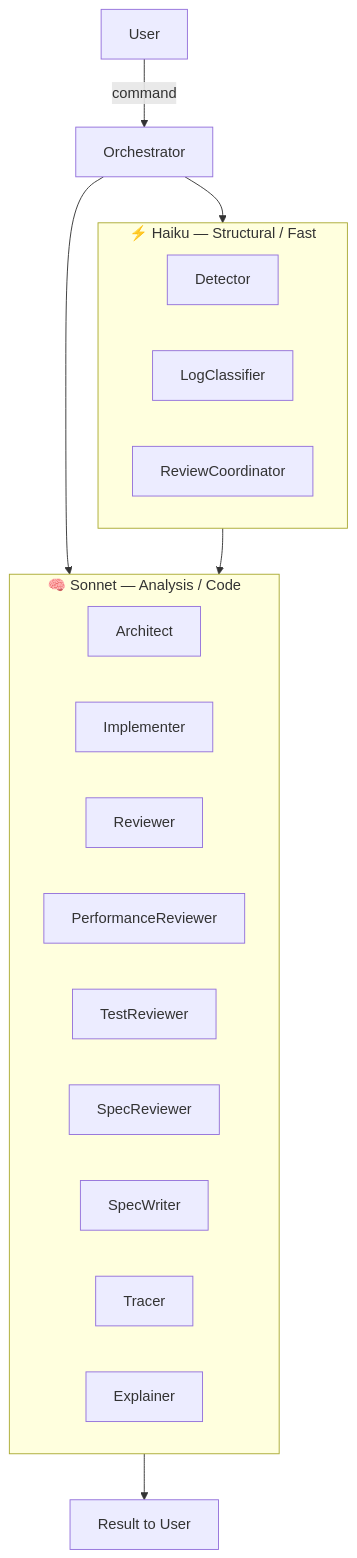
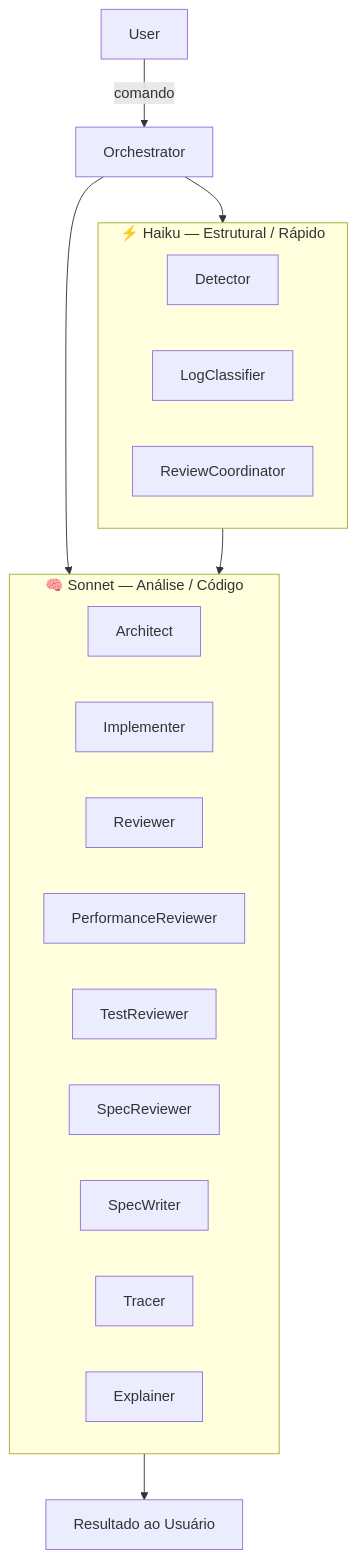
One commit to Leock9/engineer-workflow-claude changed the first of 2 diagrams in README.md. Above: the diagram before and after it, drawn with Mermaid. The commit also changed other lines of this file, not shown here.

````diff
--- a/README.md
+++ b/README.md
@@ -23,26 +23,26 @@
 ```mermaid
 graph TD
-    subgraph Haiku["⚡ Haiku — Structural / Fast"]
+    subgraph Haiku["⚡ Haiku — Estrutural / Rápido"]
         D[Detector]
         LC[LogClassifier]
         RC[ReviewCoordinator]
     end
 
-    subgraph Sonnet["🧠 Sonnet — Analysis / Code"]
+    subgraph Sonnet["🧠 Sonnet — Análise / Código"]
         A[Architect]
         I[Implementer]
         RV[Reviewer]
         PR[PerformanceReviewer]
         TR[TestReviewer]
         SR[SpecReviewer]
         SW[SpecWriter]
         T[Tracer]
         E[Explainer]
     end
 
-    User -->|command| Orchestrator
+    User -->|comando| Orchestrator
     Orchestrator --> Haiku
     Orchestrator --> Sonnet
     Haiku --> Sonnet
-    Sonnet --> Output[Result to User]
+    Sonnet --> Output[Resultado ao Usuário]
 ```
````
